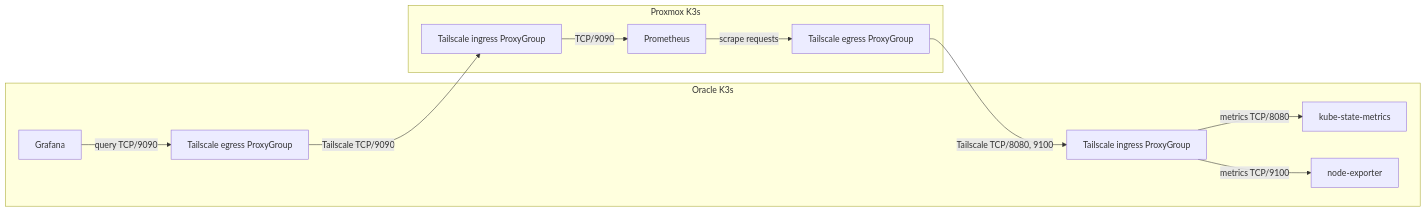
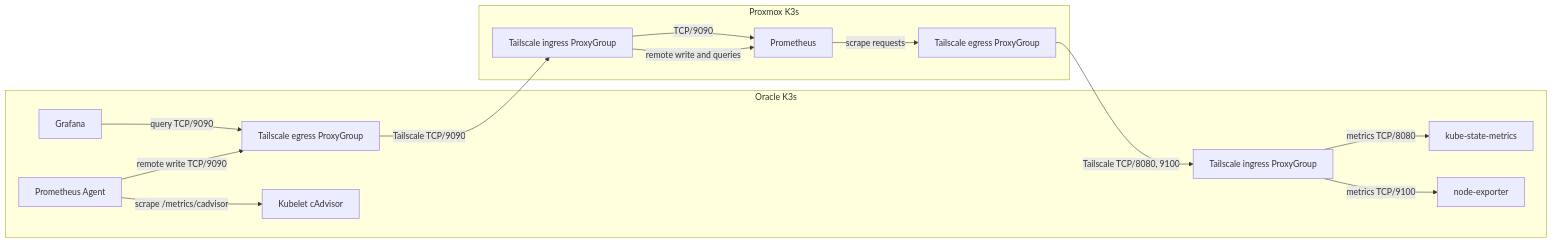
The diagram in docs/operations/observability.md (Disease-Prediction-ASET26/disease-prediction-gitops), drawn with Mermaid before and after one commit. The commit also changed other lines of this file and 6 other files, not shown here.

````diff
--- a/docs/operations/observability.md
+++ b/docs/operations/observability.md
@@ -25,22 +30,27 @@
 ```mermaid
 flowchart LR
   subgraph Oracle[Oracle K3s]
     KSM[kube-state-metrics]
     NE[node-exporter]
     OIngress[Tailscale ingress ProxyGroup]
     OEgress[Tailscale egress ProxyGroup]
     Grafana[Grafana]
+    Agent[Prometheus Agent]
+    Kubelet[Kubelet cAdvisor]
     OIngress -->|metrics TCP/8080| KSM
     OIngress -->|metrics TCP/9100| NE
     Grafana -->|query TCP/9090| OEgress
+    Agent -->|scrape /metrics/cadvisor| Kubelet
+    Agent -->|remote write TCP/9090| OEgress
   end
   subgraph Proxmox[Proxmox K3s]
     PEgress[Tailscale egress ProxyGroup]
     Prometheus[Prometheus]
     PIngress[Tailscale ingress ProxyGroup]
     Prometheus -->|scrape requests| PEgress
     PIngress -->|TCP/9090| Prometheus
   end
   PEgress -->|Tailscale TCP/8080, 9100| OIngress
   OEgress -->|Tailscale TCP/9090| PIngress
+  PIngress -->|remote write and queries| Prometheus
 ```
````
